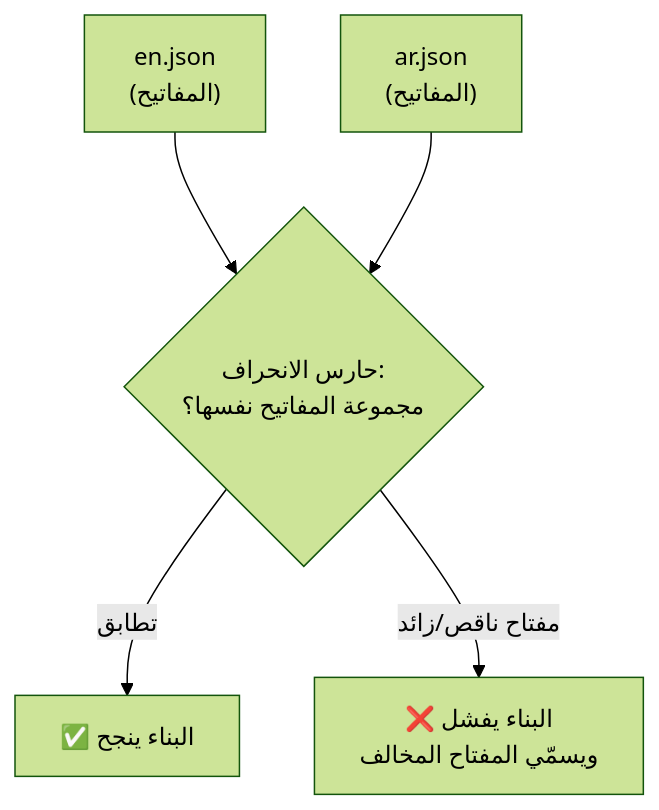
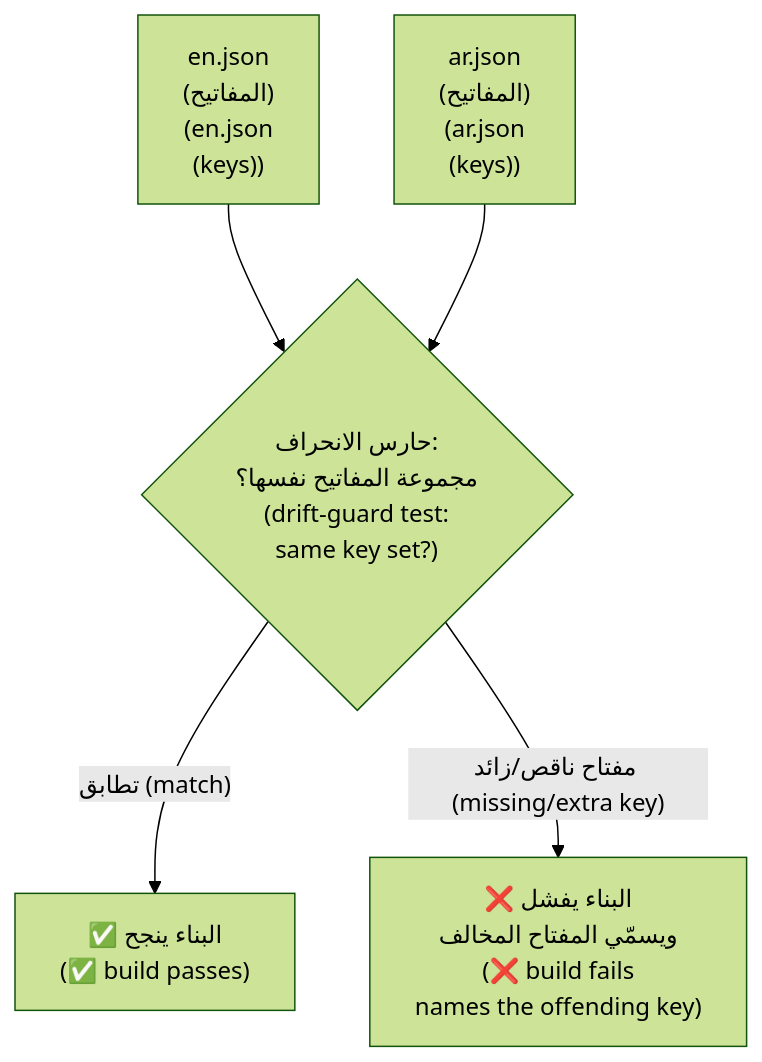
One commit to Tamoura/system-design-for-vibe-coders changed the second of 5 diagrams in modules/11-reaching-the-world/module.ar.md. Above: the diagram before and after it, drawn with Mermaid (forest theme). The commit also changed other lines of this file and 62 other files, not shown here.

First line of the commit message:
Arabic editions: English on every diagram label, RTL fixes, rebuild

````diff
--- a/modules/11-reaching-the-world/module.ar.md
+++ b/modules/11-reaching-the-world/module.ar.md
@@ -136,7 +136,7 @@
 ```mermaid
 flowchart TD
-    EN["en.json<br/>(المفاتيح)"] --> G{"حارس الانحراف:<br/>مجموعة المفاتيح نفسها؟"}
-    AR["ar.json<br/>(المفاتيح)"] --> G
-    G -->|"تطابق"| P["✅ البناء ينجح"]
-    G -->|"مفتاح ناقص/زائد"| F["❌ البناء يفشل<br/>ويسمّي المفتاح المخالف"]
+    EN["en.json<br/>(المفاتيح)<br/>(en.json<br/>(keys))"] --> G{"حارس الانحراف:<br/>مجموعة المفاتيح نفسها؟<br/>(drift-guard test:<br/>same key set?)"}
+    AR["ar.json<br/>(المفاتيح)<br/>(ar.json<br/>(keys))"] --> G
+    G -->|"تطابق (match)"| P["✅ البناء ينجح<br/>(✅ build passes)"]
+    G -->|"مفتاح ناقص/زائد (missing/extra key)"| F["❌ البناء يفشل<br/>ويسمّي المفتاح المخالف<br/>(❌ build fails<br/>names the offending key)"]
 ```
````
